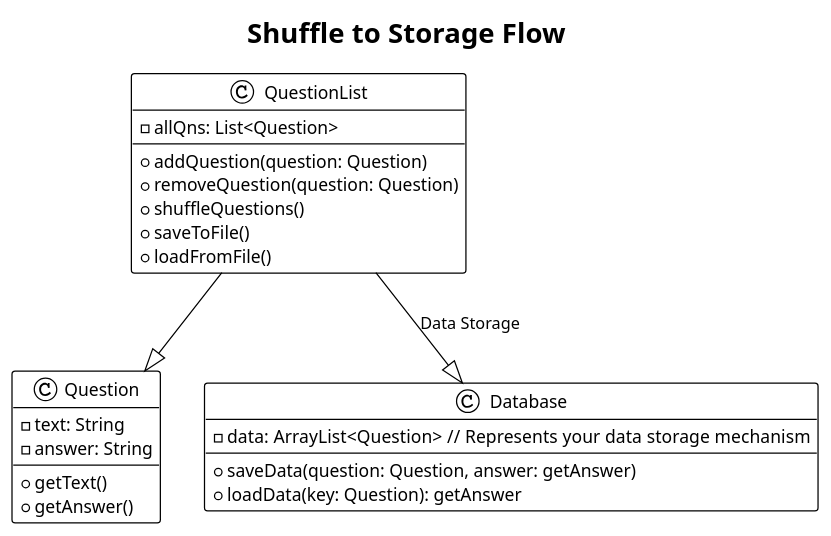
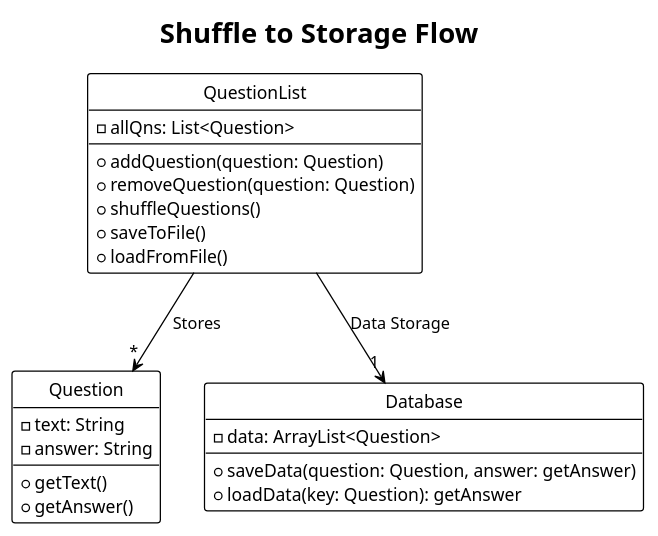
The diagram in docs/UML/Commands/ShuffleToStorage.puml (nus-cs2113-AY2324S1/tp), drawn with PlantUML before and after one commit. The commit also changed 16 other files, not shown here.

Commit message:
Add DG diagrams

```diff
--- a/docs/UML/Commands/ShuffleToStorage.puml
+++ b/docs/UML/Commands/ShuffleToStorage.puml
@@ -1,31 +1,32 @@
 @startuml
 !theme plain
+hide circle
 title Shuffle to Storage Flow
 
 class QuestionList {
   - allQns: List<Question>
   + addQuestion(question: Question)
   + removeQuestion(question: Question)
   + shuffleQuestions()
   + saveToFile()
   + loadFromFile()
 }
 
 class Question {
   - text: String
   - answer: String
   + getText()
   + getAnswer()
 }
 
-QuestionList --|> Question
+QuestionList --> Question : Stores "*"
 
 class Database {
-  - data: ArrayList<Question>  // Represents your data storage mechanism
+  - data: ArrayList<Question>
   + saveData(question: Question, answer: getAnswer)
   + loadData(key: Question): getAnswer
 }
 
-QuestionList --|> Database : Data Storage
+QuestionList --> Database : Data Storage "1"
 
 @enduml
```
